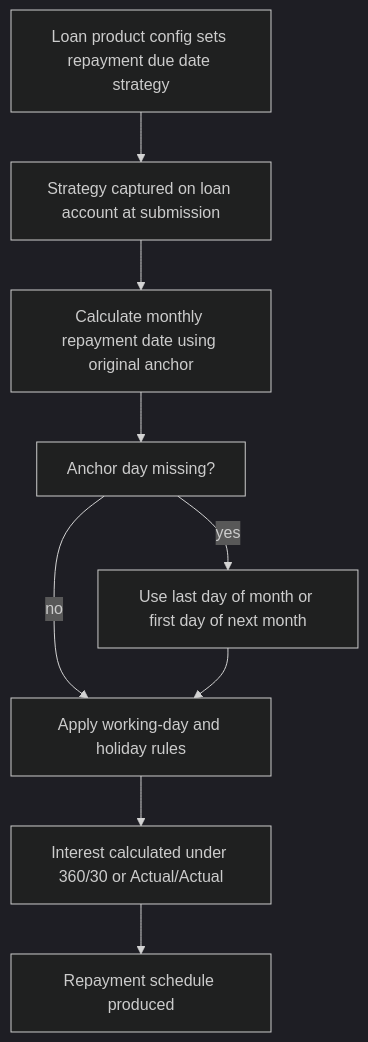
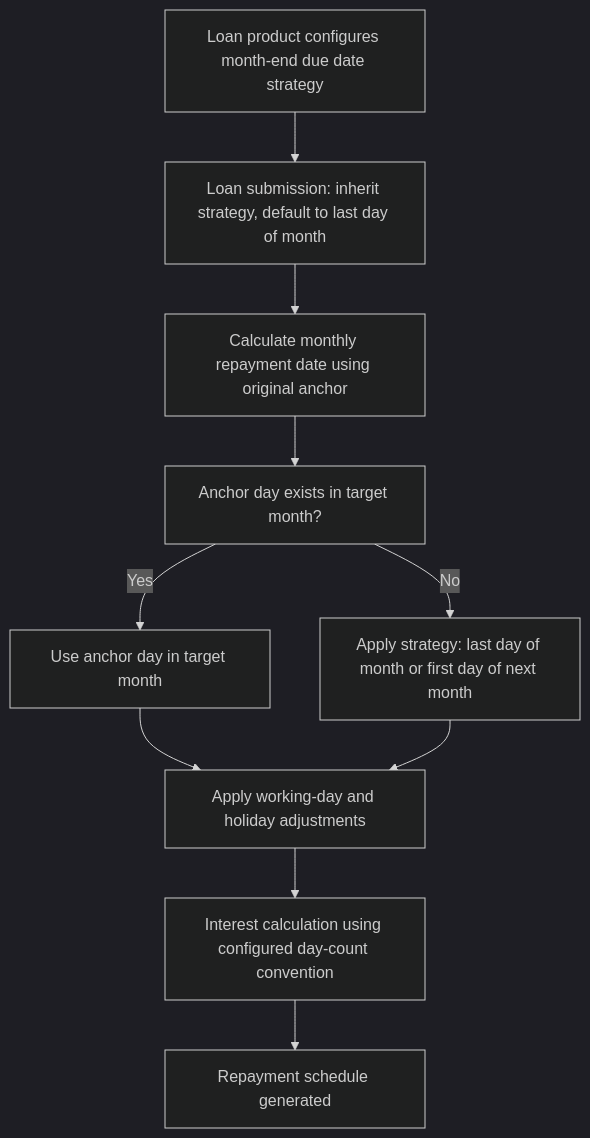
The diagram in docs/confluence/user/loan-products/repayment-schedule.md (Mohit-Davar/pepper-soup), drawn with Mermaid (dark theme) before and after one commit. The commit also changed other lines of this file and 1071 other files, not shown here.

````diff
--- a/docs/confluence/user/loan-products/repayment-schedule.md
+++ b/docs/confluence/user/loan-products/repayment-schedule.md
@@ -63,19 +53,21 @@
 ```mermaid
 flowchart TD
-  n1["Loan product config sets repayment due date strategy"]
-  n2["Strategy captured on loan account at submission"]
+  n1["Loan product configures month-end due date strategy"]
+  n2["Loan submission: inherit strategy, default to last day of month"]
   n3["Calculate monthly repayment date using original anchor"]
-  n4["Anchor day missing?"]
-  n5["Use last day of month or first day of next month"]
-  n6["Apply working-day and holiday rules"]
-  n7["Interest calculated under 360/30 or Actual/Actual"]
-  n8["Repayment schedule produced"]
+  n4["Anchor day exists in target month?"]
+  n5["Use anchor day in target month"]
+  n6["Apply strategy: last day of month or first day of next month"]
+  n7["Apply working-day and holiday adjustments"]
+  n8["Interest calculation using configured day-count convention"]
+  n9["Repayment schedule generated"]
   n1 --> n2
   n2 --> n3
   n3 --> n4
-  n4 -->|"yes"| n5
-  n4 -->|"no"| n6
-  n5 --> n6
+  n4 -->|"Yes"| n5
+  n4 -->|"No"| n6
+  n5 --> n7
   n6 --> n7
   n7 --> n8
+  n8 --> n9
 ```
````
